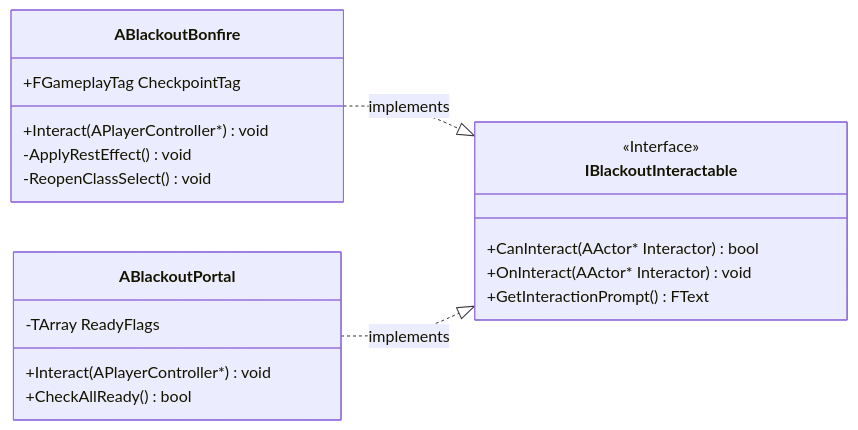
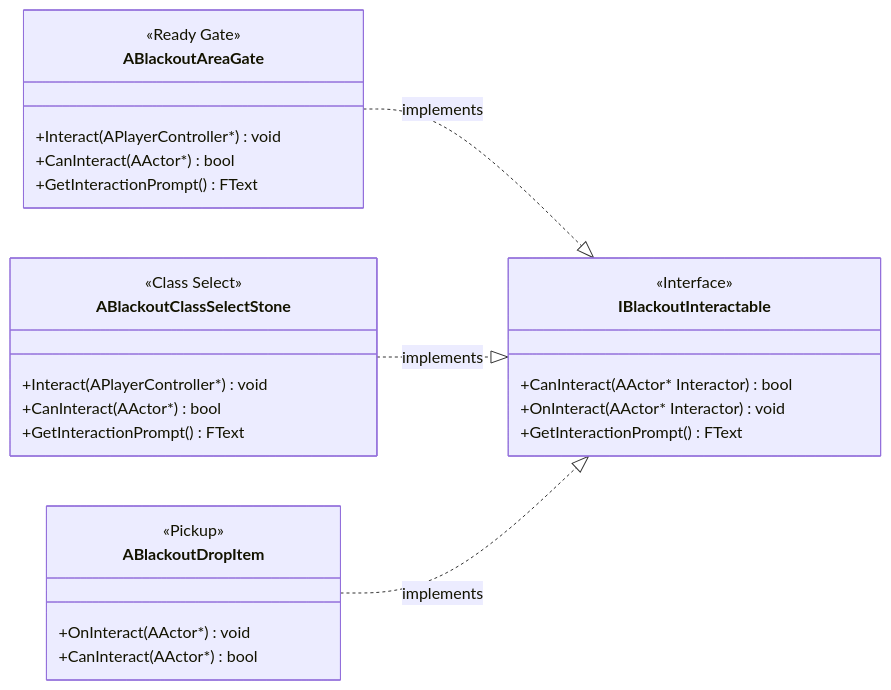
One commit to seongwon1579/ProjectBlackout changed diagram 13 of 15 in Docs/Project_Blackout_클래스다이어그램.md. Above: the diagram before and after it, drawn with Mermaid. The commit also changed other lines of this file and 24 other files, not shown here.

Commit message:
Docs: 클래스 다이어그램 최신화

````diff
--- a/Docs/Project_Blackout_클래스다이어그램.md
+++ b/Docs/Project_Blackout_클래스다이어그램.md
@@ -662,27 +729,35 @@
 ```mermaid
 classDiagram
     direction LR
 
-    class ABlackoutBonfire {
-        +FGameplayTag CheckpointTag
+    class ABlackoutAreaGate {
+        <<Ready Gate>>
         +Interact(APlayerController*) void
-        -ApplyRestEffect() void
-        -ReopenClassSelect() void
+        +CanInteract(AActor*) bool
+        +GetInteractionPrompt() FText
     }
 
-    class ABlackoutPortal {
-        -TArray ReadyFlags
+    class ABlackoutClassSelectStone {
+        <<Class Select>>
         +Interact(APlayerController*) void
-        +CheckAllReady() bool
+        +CanInteract(AActor*) bool
+        +GetInteractionPrompt() FText
+    }
+
+    class ABlackoutDropItem {
+        <<Pickup>>
+        +OnInteract(AActor*) void
+        +CanInteract(AActor*) bool
     }
 
     class IBlackoutInteractable {
         <<Interface>>
         +CanInteract(AActor* Interactor) bool
         +OnInteract(AActor* Interactor) void
         +GetInteractionPrompt() FText
     }
 
-    ABlackoutBonfire ..|> IBlackoutInteractable : implements
-    ABlackoutPortal ..|> IBlackoutInteractable : implements
+    ABlackoutAreaGate ..|> IBlackoutInteractable : implements
+    ABlackoutClassSelectStone ..|> IBlackoutInteractable : implements
+    ABlackoutDropItem ..|> IBlackoutInteractable : implements
 ```
````
